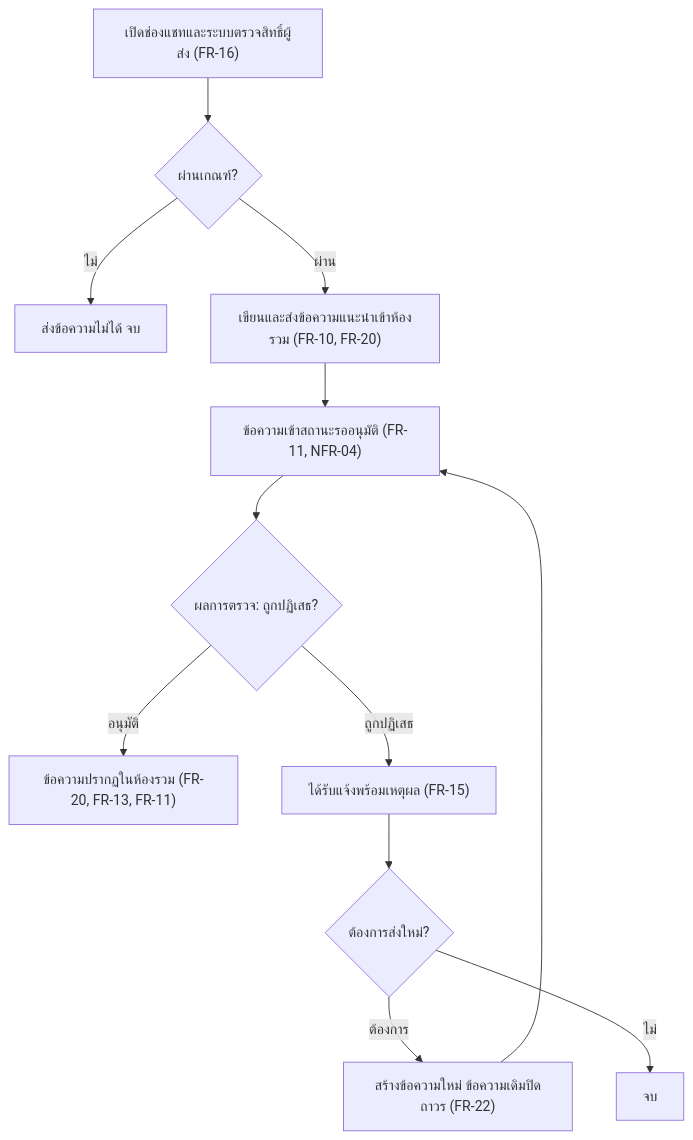
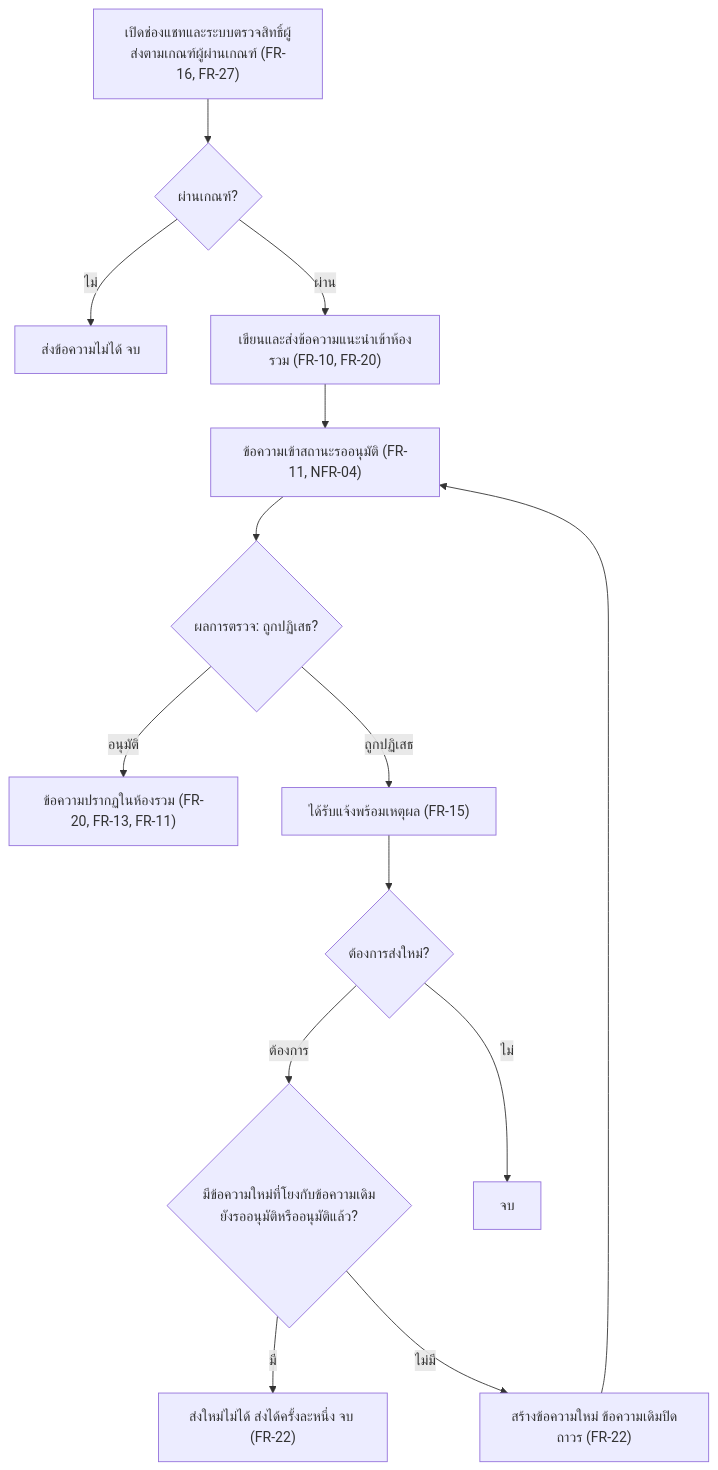
One commit to PAKOSORUS/Grade-Runway-PROJECT3 changed the fourth of 8 diagrams in docs/02-design/user-journey.md. Above: the diagram before and after it, drawn with Mermaid. The commit also changed other lines of this file and 35 other files, not shown here.

````diff
--- a/docs/02-design/user-journey.md
+++ b/docs/02-design/user-journey.md
@@ -90,14 +92,16 @@
 ```mermaid
 flowchart TD
-    A["เปิดช่องแชทและระบบตรวจสิทธิ์ผู้ส่ง (FR-16)"] --> B{"ผ่านเกณฑ์?"}
+    A["เปิดช่องแชทและระบบตรวจสิทธิ์ผู้ส่งตามเกณฑ์ผู้ผ่านเกณฑ์ (FR-16, FR-27)"] --> B{"ผ่านเกณฑ์?"}
     B -->|ไม่| X["ส่งข้อความไม่ได้ จบ"]
     B -->|ผ่าน| C["เขียนและส่งข้อความแนะนำเข้าห้องรวม (FR-10, FR-20)"]
     C --> D["ข้อความเข้าสถานะรออนุมัติ (FR-11, NFR-04)"]
     D --> E{"ผลการตรวจ: ถูกปฏิเสธ?"}
     E -->|อนุมัติ| G["ข้อความปรากฏในห้องรวม (FR-20, FR-13, FR-11)"]
     E -->|ถูกปฏิเสธ| F["ได้รับแจ้งพร้อมเหตุผล (FR-15)"]
     F --> R{"ต้องการส่งใหม่?"}
-    R -->|ต้องการ| N["สร้างข้อความใหม่ ข้อความเดิมปิดถาวร (FR-22)"]
+    R -->|ต้องการ| L{"มีข้อความใหม่ที่โยงกับข้อความเดิมยังรออนุมัติหรืออนุมัติแล้ว?"}
+    L -->|มี| X2["ส่งใหม่ไม่ได้ ส่งได้ครั้งละหนึ่ง จบ (FR-22)"]
+    L -->|ไม่มี| N["สร้างข้อความใหม่ ข้อความเดิมปิดถาวร (FR-22)"]
     R -->|ไม่| Z["จบ"]
     N --> D
 ```
````
